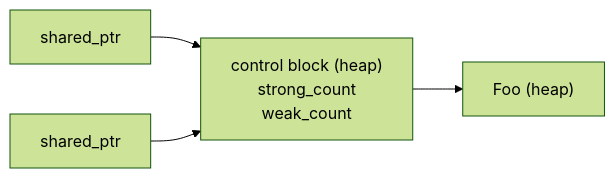
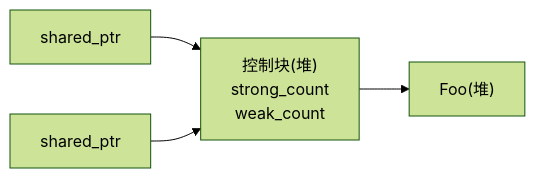
The first of 2 diagrams in documents/en/vol9-open-source-project-learn/chrome/02_weak_ptr/full/pre-01-weak-ptr-intrusive-refcount-and-scoped-refptr.md (Awesome-Embedded-Learning-Studio/Tutorial_AwesomeModernCPP), drawn with Mermaid (forest theme) before and after one commit. The commit also changed other lines of this file and 749 other files, not shown here.

````diff
--- a/documents/en/vol9-open-source-project-learn/chrome/02_weak_ptr/full/pre-01-weak-ptr-intrusive-refcount-and-scoped-refptr.md
+++ b/documents/en/vol9-open-source-project-learn/chrome/02_weak_ptr/full/pre-01-weak-ptr-intrusive-refcount-and-scoped-refptr.md
@@ -55,5 +55,5 @@
 ```mermaid
 flowchart LR
-    SP1["shared_ptr"] & SP2["shared_ptr"] --> CB["control block (heap)<br/>strong_count<br/>weak_count"]
-    CB --> Foo["Foo (heap)"]
+    SP1["shared_ptr"] & SP2["shared_ptr"] --> CB["控制块(堆)<br/>strong_count<br/>weak_count"]
+    CB --> Foo["Foo(堆)"]
 ```
````
